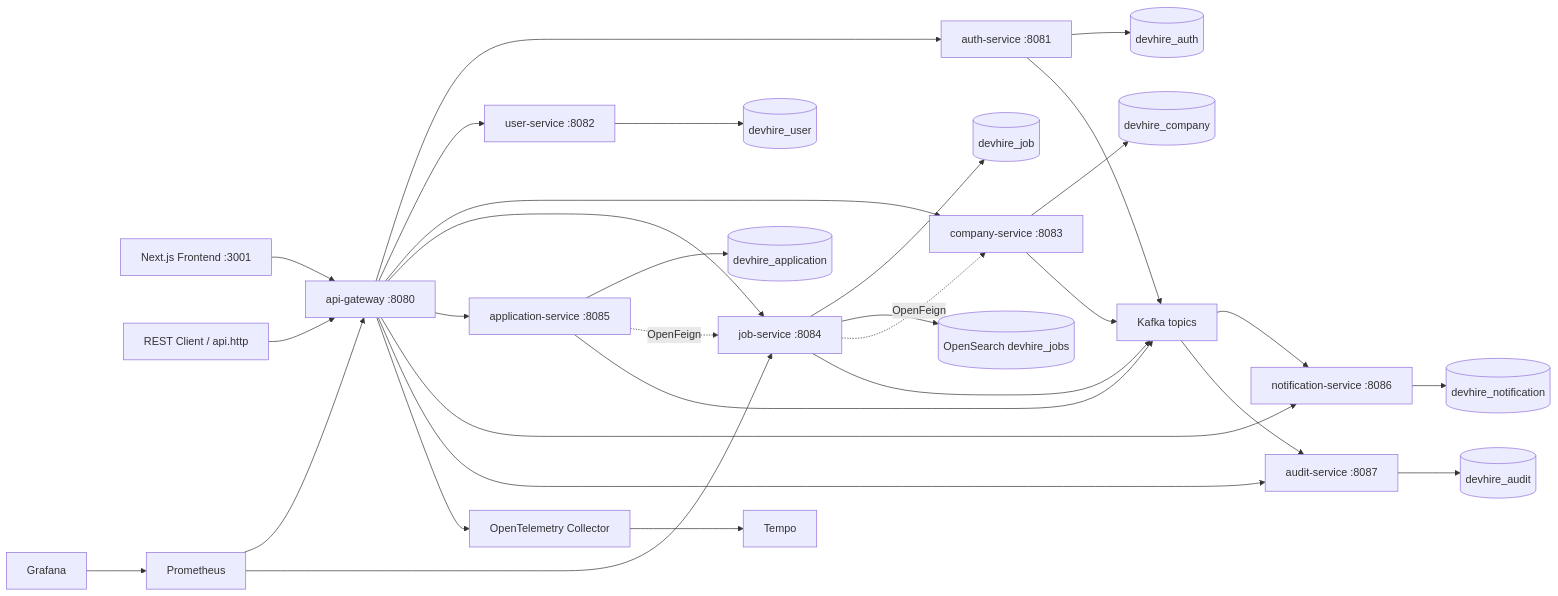
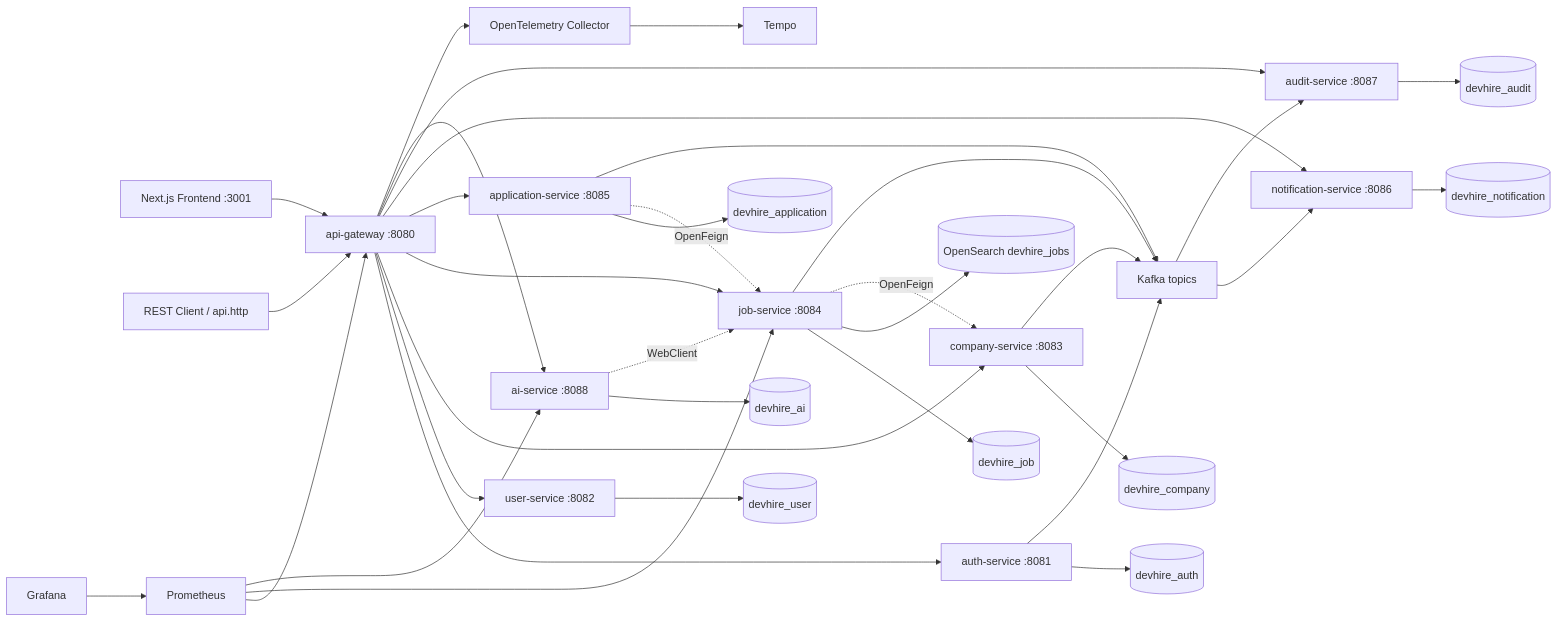
One commit to JasonTM17/DevHire_Cloud_Spring_Microservices changed the diagram in README.md. Above: the diagram before and after it, drawn with Mermaid. The commit also changed other lines of this file and 11 other files, not shown here.

````diff
--- a/README.md
+++ b/README.md
@@ -36,36 +36,40 @@
 ```mermaid
 flowchart LR
     Frontend["Next.js Frontend :3001"] --> Gateway["api-gateway :8080"]
     Client["REST Client / api.http"] --> Gateway
     Gateway --> Auth["auth-service :8081"]
     Gateway --> User["user-service :8082"]
     Gateway --> Company["company-service :8083"]
     Gateway --> Job["job-service :8084"]
     Gateway --> Application["application-service :8085"]
     Gateway --> Notification["notification-service :8086"]
     Gateway --> Audit["audit-service :8087"]
+    Gateway --> AI["ai-service :8088"]
 
     Auth --> AuthDb[("devhire_auth")]
     User --> UserDb[("devhire_user")]
     Company --> CompanyDb[("devhire_company")]
     Job --> JobDb[("devhire_job")]
     Job --> OpenSearch[("OpenSearch devhire_jobs")]
     Application --> AppDb[("devhire_application")]
     Notification --> NotificationDb[("devhire_notification")]
     Audit --> AuditDb[("devhire_audit")]
+    AI --> AiDb[("devhire_ai")]
 
     Job -. OpenFeign .-> Company
     Application -. OpenFeign .-> Job
+    AI -. WebClient .-> Job
     Auth --> Kafka["Kafka topics"]
     Company --> Kafka
     Job --> Kafka
     Application --> Kafka
     Kafka --> Notification
     Kafka --> Audit
 
     Prometheus --> Gateway
     Prometheus --> Job
+    Prometheus --> AI
     Grafana --> Prometheus
     Gateway --> OTel["OpenTelemetry Collector"]
     OTel --> Tempo
 ```
````
